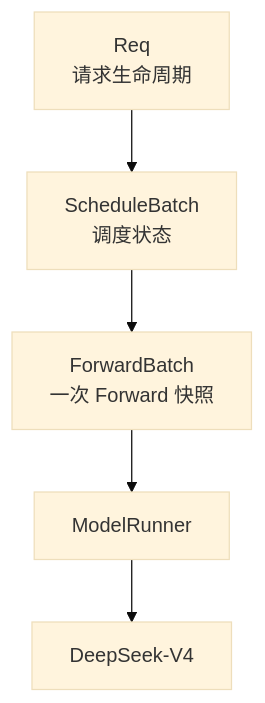
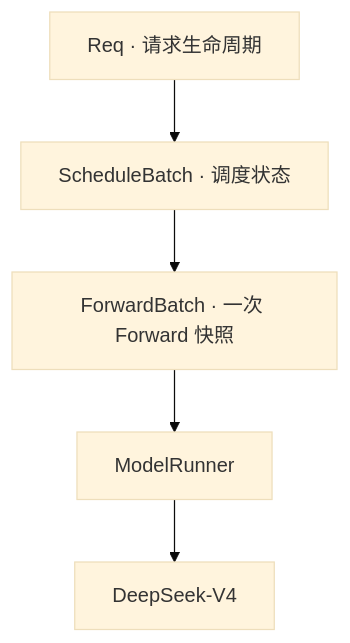
The second of 7 diagrams in docs/fundamentals/sglang-decode-source-reading-primer.md (AkiYangDev/llm-inference-notes), drawn with Mermaid (base theme) before and after one commit. The commit also changed other lines of this file and 44 other files, not shown here.

```diff
--- a/docs/fundamentals/sglang-decode-source-reading-primer.md
+++ b/docs/fundamentals/sglang-decode-source-reading-primer.md
@@ -223,10 +177,10 @@
 ~~~mermaid
 flowchart TD
-    R["Req<br/>请求生命周期"]
-    SB["ScheduleBatch<br/>调度状态"]
-    FB["ForwardBatch<br/>一次 Forward 快照"]
+    R["Req · 请求生命周期"]
+    SB["ScheduleBatch · 调度状态"]
+    FB["ForwardBatch · 一次 Forward 快照"]
     MR["ModelRunner"]
     M["DeepSeek-V4"]
 
     R --> SB --> FB --> MR --> M
 ~~~
```
